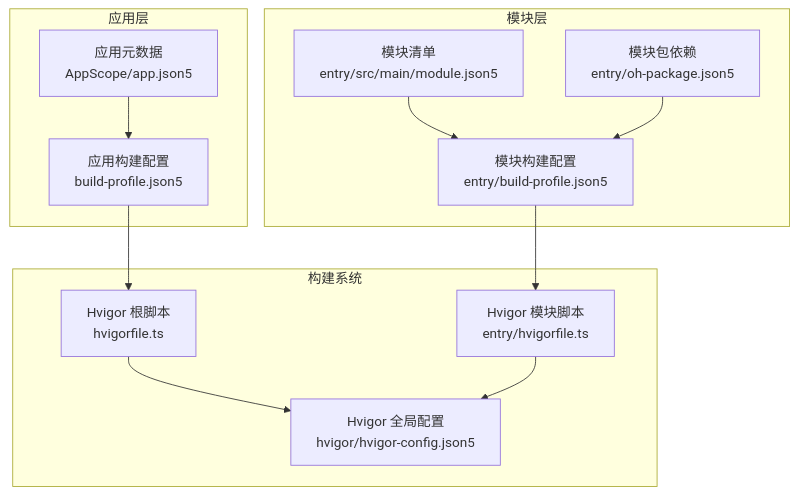
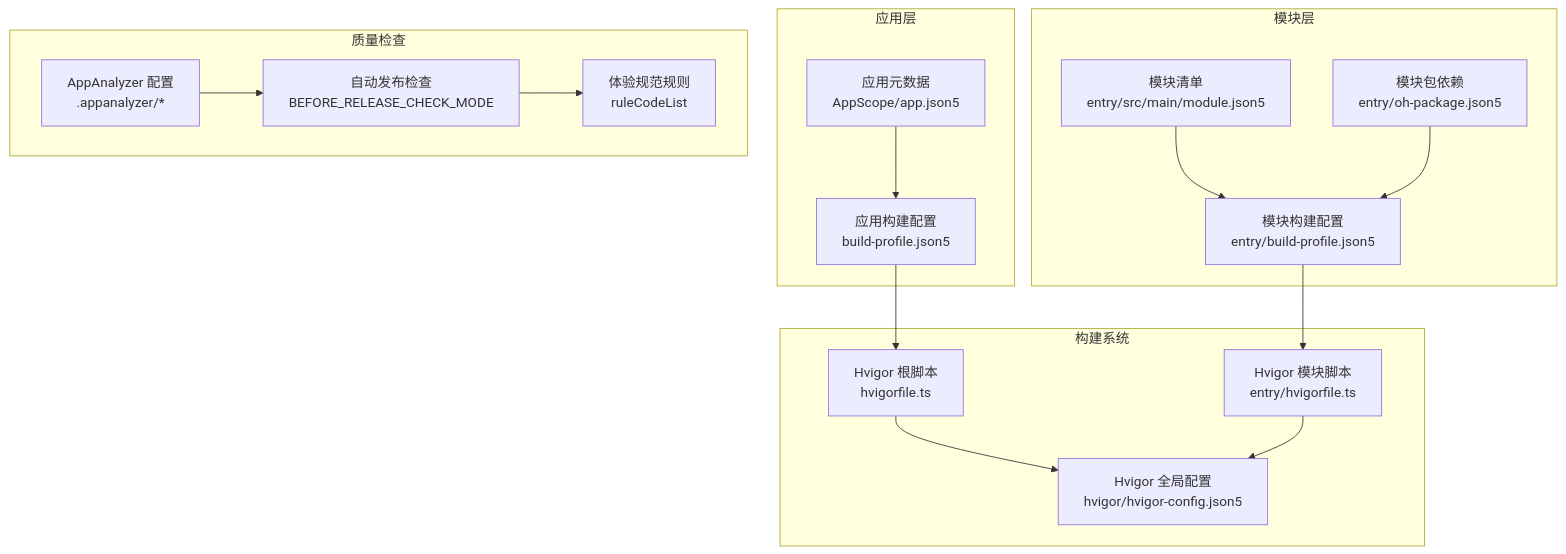
One commit to sj123sheng/my-world changed the second of 7 diagrams in .qoder/repowiki/zh/content/构建与部署/构建配置.md. Above: the diagram before and after it, drawn with Mermaid. The commit also changed other lines of this file and 160 other files, not shown here.

````diff
--- a/.qoder/repowiki/zh/content/构建与部署/构建配置.md
+++ b/.qoder/repowiki/zh/content/构建与部署/构建配置.md
@@ -122,24 +145,31 @@
 ```mermaid
 graph TB
 subgraph "应用层"
 APP_CFG["应用构建配置<br/>build-profile.json5"]
 APP_META["应用元数据<br/>AppScope/app.json5"]
 end
 subgraph "模块层"
 MOD_CFG["模块构建配置<br/>entry/build-profile.json5"]
 MOD_META["模块清单<br/>entry/src/main/module.json5"]
 MOD_PKG["模块包依赖<br/>entry/oh-package.json5"]
 end
 subgraph "构建系统"
 HVIGOR_ROOT["Hvigor 根脚本<br/>hvigorfile.ts"]
 HVIGOR_MOD["Hvigor 模块脚本<br/>entry/hvigorfile.ts"]
 HVIGOR_CONF["Hvigor 全局配置<br/>hvigor/hvigor-config.json5"]
 end
+subgraph "质量检查"
+APPANALYZER["AppAnalyzer 配置<br/>.appanalyzer/*"]
+RELEASE_CHECK["自动发布检查<br/>BEFORE_RELEASE_CHECK_MODE"]
+EXPERIENCE_RULES["体验规范规则<br/>ruleCodeList"]
+end
 APP_CFG --> HVIGOR_ROOT
 APP_META --> APP_CFG
 MOD_CFG --> HVIGOR_MOD
 MOD_META --> MOD_CFG
 MOD_PKG --> MOD_CFG
 HVIGOR_ROOT --> HVIGOR_CONF
 HVIGOR_MOD --> HVIGOR_CONF
+APPANALYZER --> RELEASE_CHECK
+RELEASE_CHECK --> EXPERIENCE_RULES
 ```
````
